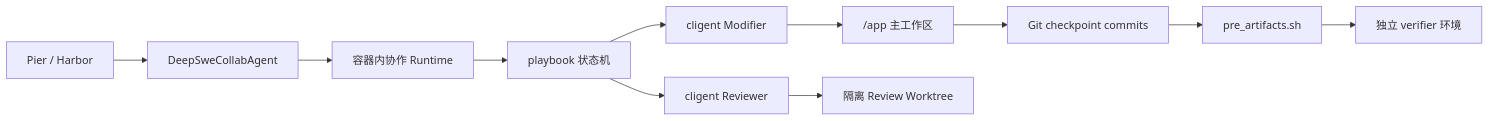
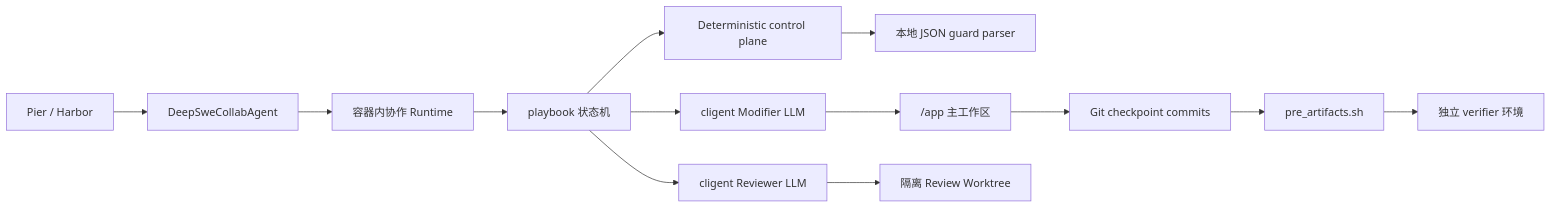
One commit to kagami-l/deepswe-eval-lab changed the diagram in docs/collab-agent-design.md. Above: the diagram before and after it, drawn with Mermaid. The commit also changed other lines of this file, not shown here.

````diff
--- a/docs/collab-agent-design.md
+++ b/docs/collab-agent-design.md
@@ -21,13 +21,15 @@
 ```mermaid
 flowchart LR
     P["Pier / Harbor"] --> A["DeepSweCollabAgent"]
     A --> R["容器内协作 Runtime"]
     R --> PB["playbook 状态机"]
-    PB --> C["cligent Modifier"]
-    PB --> V["cligent Reviewer"]
+    PB --> D["Deterministic control plane"]
+    PB --> C["cligent Modifier LLM"]
+    PB --> V["cligent Reviewer LLM"]
+    D --> J["本地 JSON guard parser"]
     C --> APP["/app 主工作区"]
     V --> WT["隔离 Review Worktree"]
     APP --> G["Git checkpoint commits"]
     G --> PA["pre_artifacts.sh"]
     PA --> E["独立 verifier 环境"]
 ```
````
